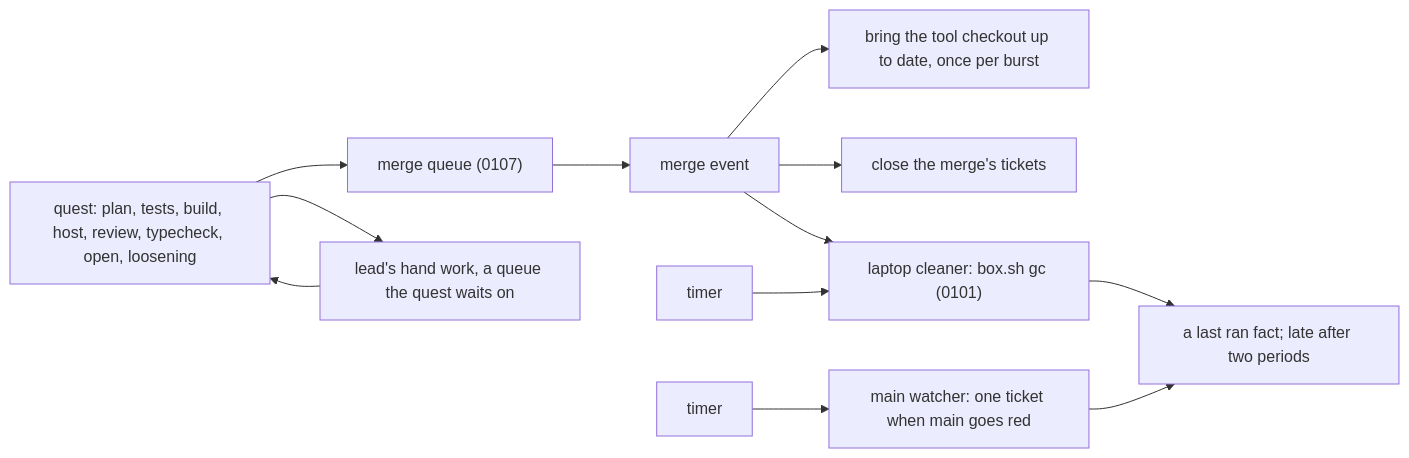
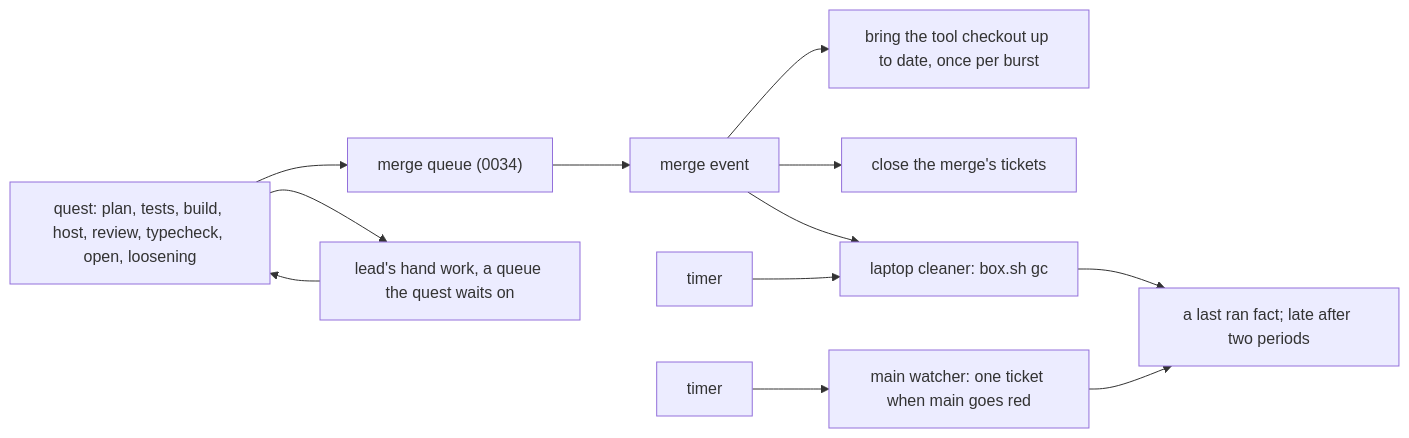
Before and after one commit to kamp-us/tea-fabrika: the diagram in docs/direction/lane-queue-or-scheduled-job.md, drawn with Mermaid. The commit also changed other lines of this file and 1004 other files, not shown here.

````diff
--- a/docs/direction/lane-queue-or-scheduled-job.md
+++ b/docs/direction/lane-queue-or-scheduled-job.md
@@ -44,14 +43,14 @@
 ```mermaid
 flowchart LR
-  quest["quest: plan, tests, build, host, review, typecheck, open, loosening"] --> mq["merge queue (0107)"]
+  quest["quest: plan, tests, build, host, review, typecheck, open, loosening"] --> mq["merge queue (0034)"]
   quest --> desk["lead's hand work, a queue the quest waits on"]
   desk --> quest
   mq --> merged["merge event"]
   merged --> checkout["bring the tool checkout up to date, once per burst"]
   merged --> close["close the merge's tickets"]
   merged --> cleaner
-  timer1["timer"] --> cleaner["laptop cleaner: box.sh gc (0101)"]
+  timer1["timer"] --> cleaner["laptop cleaner: box.sh gc"]
   timer2["timer"] --> watcher["main watcher: one ticket when main goes red"]
   cleaner --> lastRan["a last ran fact; late after two periods"]
   watcher --> lastRan
 ```
````
